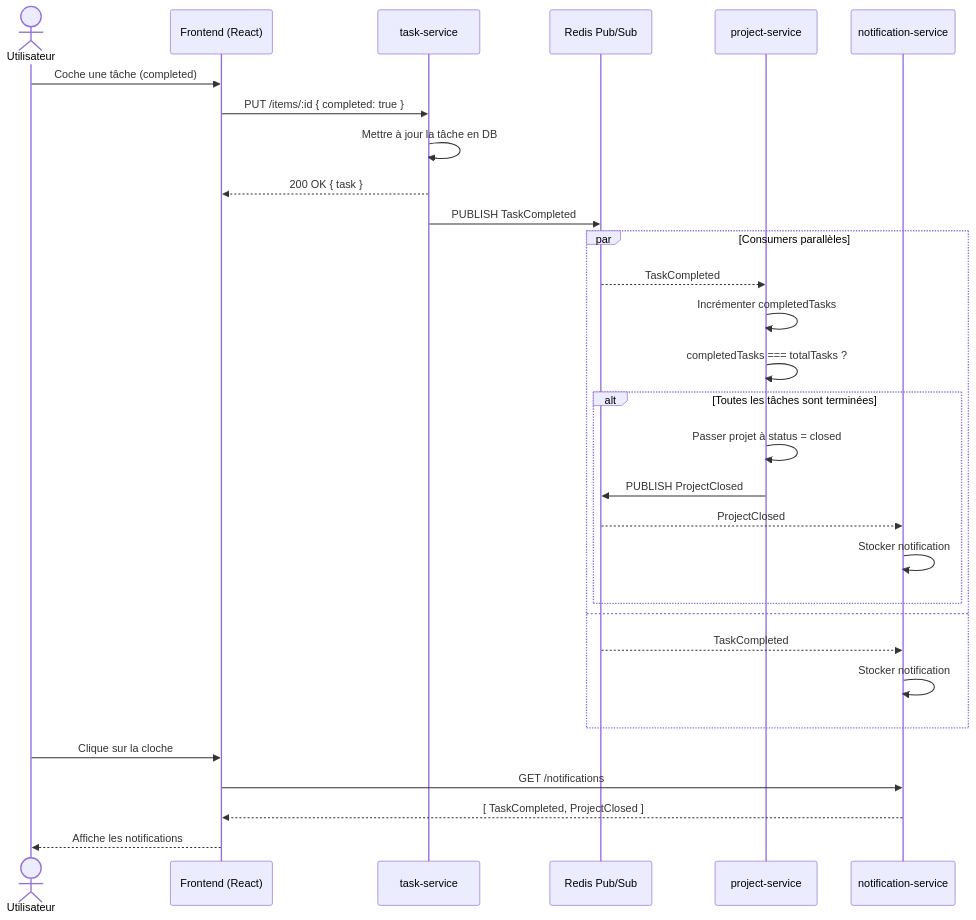
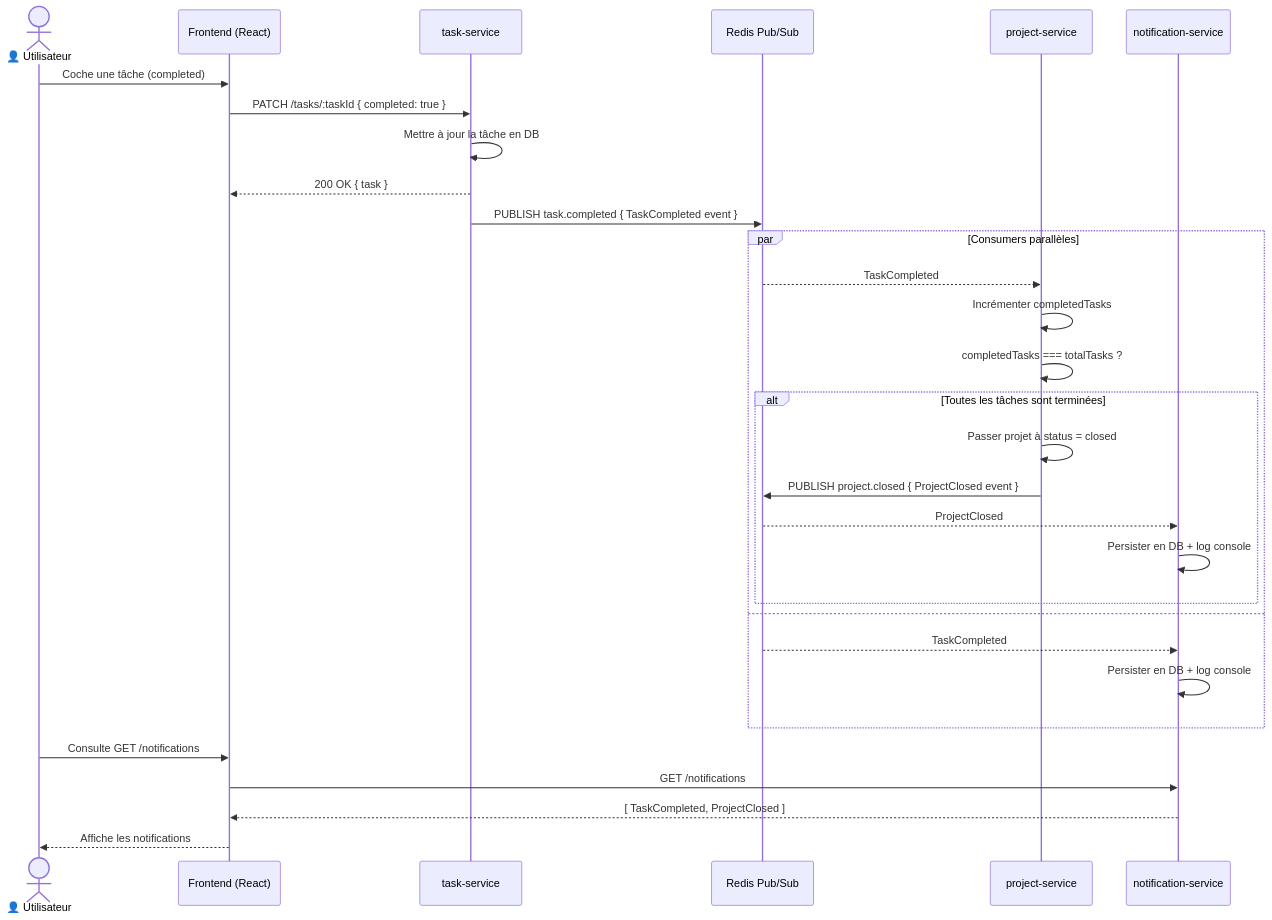
Before and after one commit to KarimHannaallah/Archi-logicielle: the sixth of 9 diagrams in docs/ARCHITECTURE.md, drawn with Mermaid. The commit also changed other lines of this file and 72 other files, not shown here.

````diff
--- a/docs/ARCHITECTURE.md
+++ b/docs/ARCHITECTURE.md
@@ -349,38 +347,38 @@
 ```mermaid
 sequenceDiagram
-    actor User as Utilisateur
+    actor User as 👤 Utilisateur
     participant FE as Frontend (React)
     participant TS as task-service
     participant Redis as Redis Pub/Sub
     participant PS as project-service
     participant NS as notification-service
 
     User->>FE: Coche une tâche (completed)
-    FE->>TS: PUT /items/:id { completed: true }
+    FE->>TS: PATCH /tasks/:taskId { completed: true }
     TS->>TS: Mettre à jour la tâche en DB
     TS-->>FE: 200 OK { task }
 
-    TS->>Redis: PUBLISH TaskCompleted
+    TS->>Redis: PUBLISH task.completed { TaskCompleted event }
 
     par Consumers parallèles
         Redis-->>PS: TaskCompleted
         PS->>PS: Incrémenter completedTasks
         PS->>PS: completedTasks === totalTasks ?
 
         alt Toutes les tâches sont terminées
             PS->>PS: Passer projet à status = closed
-            PS->>Redis: PUBLISH ProjectClosed
+            PS->>Redis: PUBLISH project.closed { ProjectClosed event }
             Redis-->>NS: ProjectClosed
-            NS->>NS: Stocker notification
+            NS->>NS: Persister en DB + log console
         end
 
     and
         Redis-->>NS: TaskCompleted
-        NS->>NS: Stocker notification
+        NS->>NS: Persister en DB + log console
     end
 
-    User->>FE: Clique sur la cloche
+    User->>FE: Consulte GET /notifications
     FE->>NS: GET /notifications
     NS-->>FE: [ TaskCompleted, ProjectClosed ]
     FE-->>User: Affiche les notifications
 ```
````
